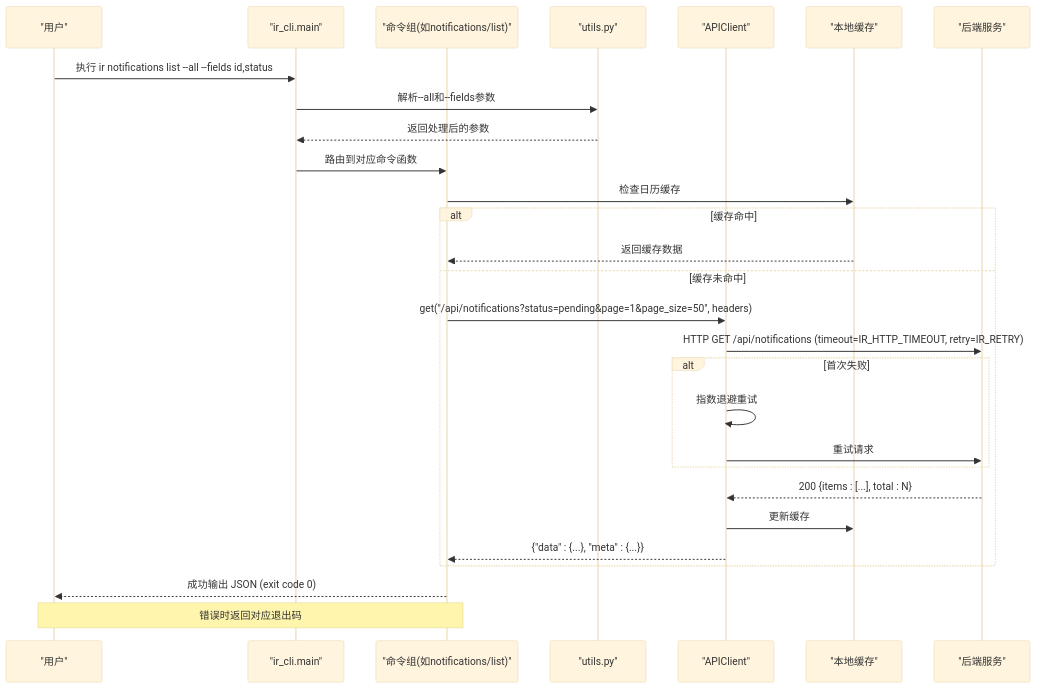
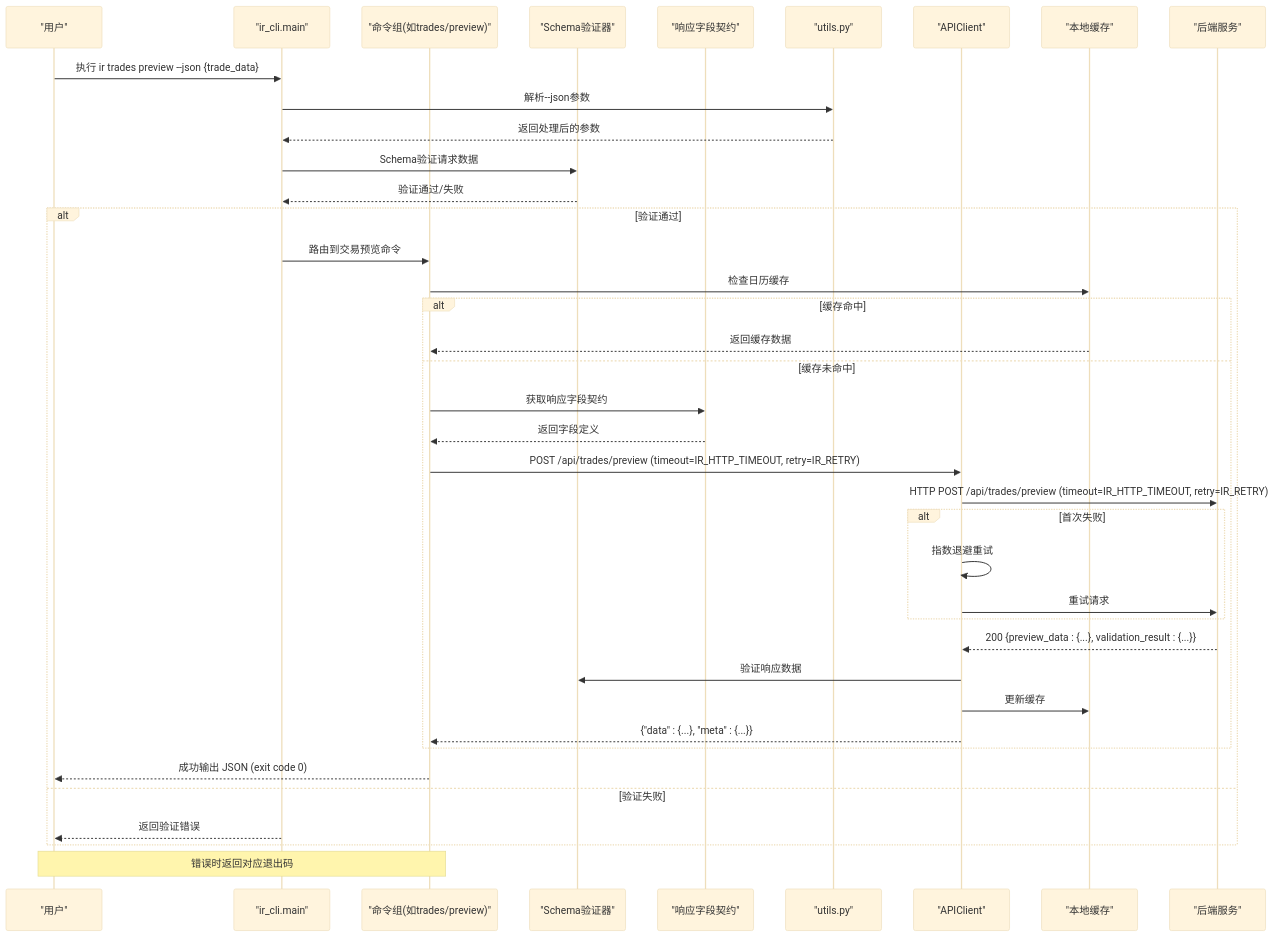
One commit to gujialind/InvestRing changed the second of 9 diagrams in .qoder/repowiki/zh/content/开发指南/InvestRing HTTP客户端CLI工具.md. Above: the diagram before and after it, drawn with Mermaid (base theme). The commit also changed other lines of this file and 19 other files, not shown here.

````diff
--- a/.qoder/repowiki/zh/content/开发指南/InvestRing HTTP客户端CLI工具.md
+++ b/.qoder/repowiki/zh/content/开发指南/InvestRing HTTP客户端CLI工具.md
@@ -131,30 +177,41 @@
 ```mermaid
 sequenceDiagram
 participant U as "用户"
 participant CLI as "ir_cli.main"
-participant CMD as "命令组(如notifications/list)"
+participant CMD as "命令组(如trades/preview)"
+participant SCHEMA as "Schema验证器"
+participant RF as "响应字段契约"
 participant UTIL as "utils.py"
 participant C as "APIClient"
 participant CACHE as "本地缓存"
 participant S as "后端服务"
-U->>CLI : 执行 ir notifications list --all --fields id,status
-CLI->>UTIL : 解析--all和--fields参数
+U->>CLI : 执行 ir trades preview --json {trade_data}
+CLI->>UTIL : 解析--json参数
 UTIL-->>CLI : 返回处理后的参数
-CLI->>CMD : 路由到对应命令函数
+CLI->>SCHEMA : Schema验证请求数据
+SCHEMA-->>CLI : 验证通过/失败
+alt 验证通过
+CLI->>CMD : 路由到交易预览命令
 CMD->>CACHE : 检查日历缓存
 alt 缓存命中
 CACHE-->>CMD : 返回缓存数据
 else 缓存未命中
-CMD->>C : get("/api/notifications?status=pending&page=1&page_size=50", headers)
-C->>S : HTTP GET /api/notifications (timeout=IR_HTTP_TIMEOUT, retry=IR_RETRY)
+CMD->>RF : 获取响应字段契约
+RF-->>CMD : 返回字段定义
+CMD->>C : POST /api/trades/preview (timeout=IR_HTTP_TIMEOUT, retry=IR_RETRY)
+C->>S : HTTP POST /api/trades/preview (timeout=IR_HTTP_TIMEOUT, retry=IR_RETRY)
 alt 首次失败
 C->>C : 指数退避重试
 C->>S : 重试请求
 end
-S-->>C : 200 {items : [...], total : N}
+S-->>C : 200 {preview_data : {...}, validation_result : {...}}
+C->>SCHEMA : 验证响应数据
 C->>CACHE : 更新缓存
 C-->>CMD : {"data" : {...}, "meta" : {...}}
 end
 CMD-->>U : 成功输出 JSON (exit code 0)
+else 验证失败
+CLI-->>U : 返回验证错误
+end
 Note over CMD,U : 错误时返回对应退出码
 ```
````
